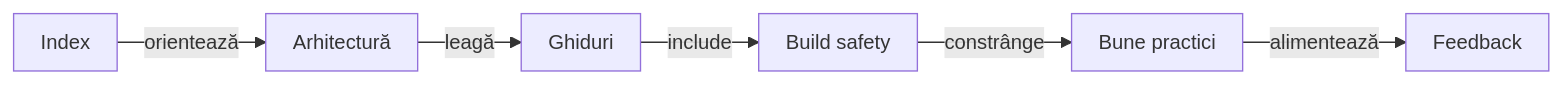
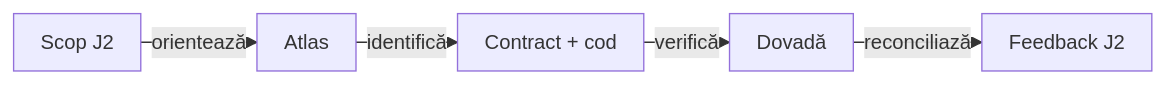
One commit to crististefanita/atf_j2 changed the diagram in docs/README.md. Above: the diagram before and after it, drawn with Mermaid. The commit also changed other lines of this file and 360 other files, not shown here.

````diff
--- a/docs/README.md
+++ b/docs/README.md
@@ -42,9 +24,8 @@
 ```mermaid
-%%{init: {"themeVariables":{"fontSize":"15px"},"themeCSS":".nodeLabel, .nodeLabel p { font-size: 15px !important; line-height: 1.35 !important; } .edgeLabel, .edgeLabel p { font-size: 12px !important; font-weight: 400 !important; line-height: 1.2 !important; } .edgeLabel .labelBkg, .edgeLabel p { background: transparent !important; } .edgeLabel foreignObject { transform: translateY(-18px); overflow: visible; } .node rect { rx: 6px; ry: 6px; }","flowchart":{"curve":"linear","nodeSpacing":24,"rankSpacing":40,"padding":10,"diagramPadding":16}}}%%
+%%{init: {"themeVariables":{"fontSize":"15px"},"themeCSS":".nodeLabel, .nodeLabel p { font-size: 15px !important; line-height: 1.35 !important; } .edgeLabel, .edgeLabel p { font-size: 12px !important; font-weight: 400 !important; line-height: 1.2 !important; } .edgeLabel .labelBkg, .edgeLabel p { background: transparent !important; } .edgeLabel foreignObject { transform: translateY(-18px); overflow: visible; } .node rect { rx: 6px; ry: 6px; }","flowchart":{"curve":"linear","nodeSpacing":24,"rankSpacing":16,"padding":10,"diagramPadding":16}}}%%
 flowchart LR
-    Docs["Index"] -->|orientează| Architecture["Arhitectură"]
-    Architecture -->|leagă| Guides["Ghiduri"]
-    Guides -->|include| Safety["Build safety"]
-    Safety -->|constrânge| Practices["Bune practici"]
-    Practices -->|alimentează| Feedback["Feedback"]
+    Scope["Scop J2"] -->|orientează| Atlas["Atlas"]
+    Atlas -->|identifică| Contract["Contract + cod"]
+    Contract -->|verifică| Proof["Dovadă"]
+    Proof -->|reconciliază| Feedback["Feedback J2"]
 ```
````
